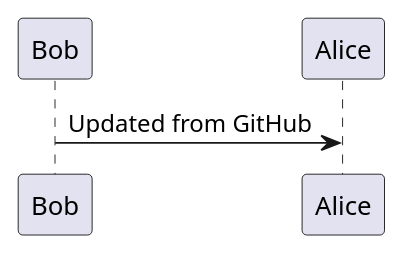
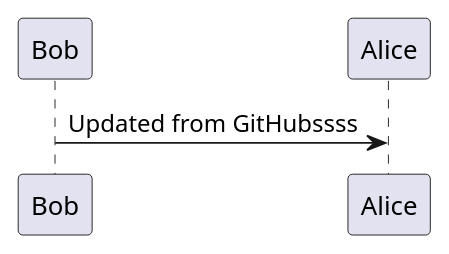
The diagram in test.puml (kbxtremethoughts/plantuml-test), drawn with PlantUML before and after one commit.

Commit message:
Modify message from Bob to Alice

```diff
--- a/test.puml
+++ b/test.puml
@@ -1,3 +1,3 @@
 @startuml
-Bob -> Alice: Updated from GitHub
+Bob -> Alice: Updated from GitHubssss
 @enduml
```
